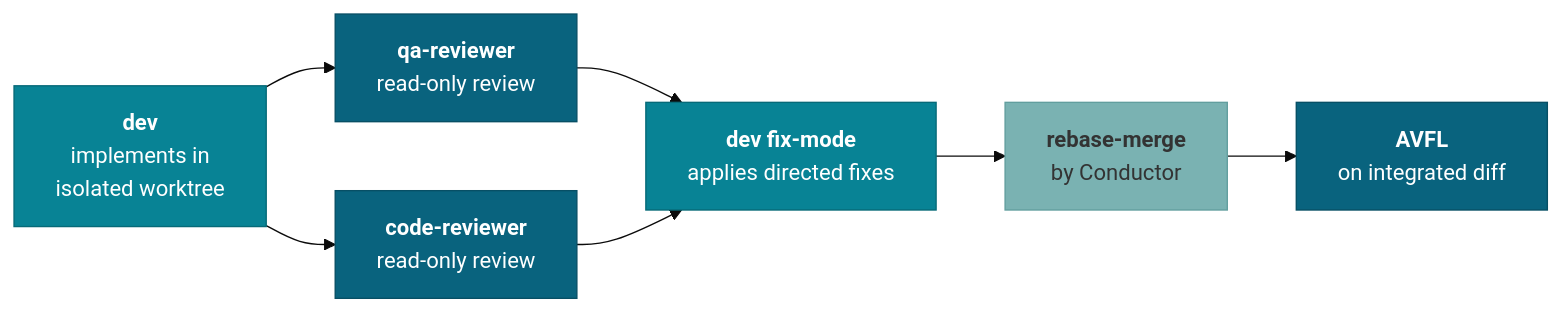
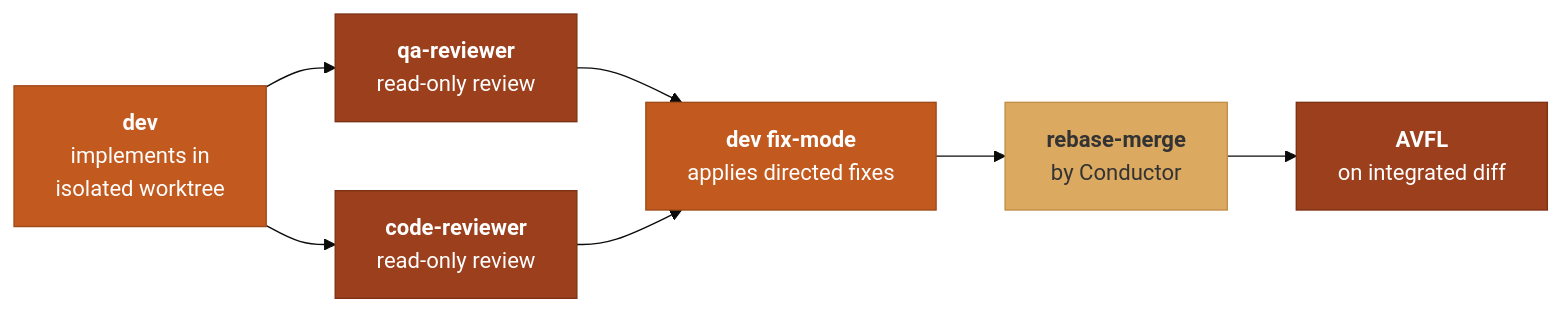
One commit to iamsteveholmes/momentum changed the second of 2 diagrams in README.md. Above: the diagram before and after it, drawn with Mermaid (base theme). The commit also changed other lines of this file and 4 other files, not shown here.

````diff
--- a/README.md
+++ b/README.md
@@ -129,20 +129,20 @@
 ```mermaid
 graph LR
     D["<b>dev</b><br/>implements in<br/>isolated worktree"]
     QA["<b>qa-reviewer</b><br/>read-only review"]
     CR["<b>code-reviewer</b><br/>read-only review"]
     F["<b>dev fix-mode</b><br/>applies directed fixes"]
     M["<b>rebase-merge</b><br/>by Conductor"]
     A["<b>AVFL</b><br/>on integrated diff"]
 
     D --> QA --> F
     D --> CR --> F
     F --> M --> A
 
-    style D fill:#088395,stroke:#066a78,color:#fff
-    style QA fill:#09637E,stroke:#074f65,color:#fff
-    style CR fill:#09637E,stroke:#074f65,color:#fff
-    style F fill:#088395,stroke:#066a78,color:#fff
-    style M fill:#7AB2B2,stroke:#629e9e,color:#333
-    style A fill:#09637E,stroke:#074f65,color:#fff
+    style D fill:#C25A1F,stroke:#A04A18,color:#fff
+    style QA fill:#9C3F1C,stroke:#7E3214,color:#fff
+    style CR fill:#9C3F1C,stroke:#7E3214,color:#fff
+    style F fill:#C25A1F,stroke:#A04A18,color:#fff
+    style M fill:#DBA960,stroke:#C28F47,color:#333
+    style A fill:#9C3F1C,stroke:#7E3214,color:#fff
 ```
````
